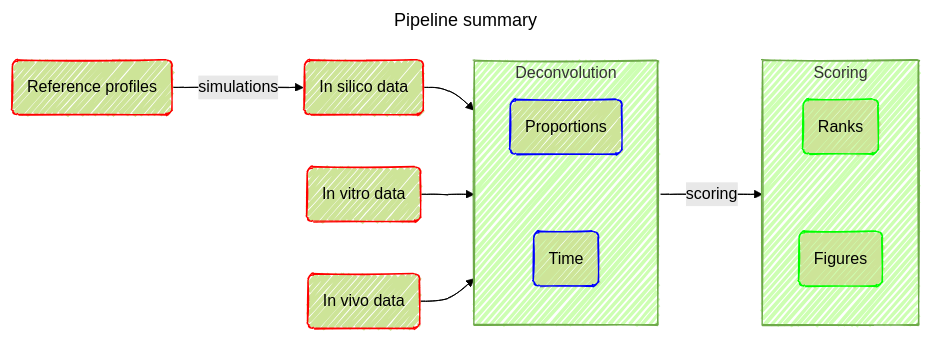
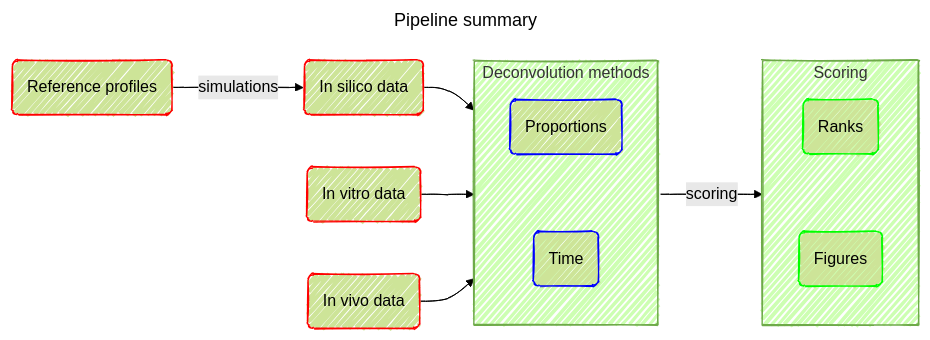
One commit to bcm-uga/DeconvBenchmark changed the diagram in README.md. Above: the diagram before and after it, drawn with Mermaid (forest theme).

````diff
--- a/README.md
+++ b/README.md
@@ -6,22 +6,22 @@
 ```mermaid
 ---
 title: Pipeline summary
 config:
   look: handDrawn
 ---
 flowchart LR
     a1("Reference profiles"):::red --"simulations"--> b1("In silico data"):::red
-    subgraph Deconvolution
+    subgraph Deconvolution["Deconvolution methods"]
        c1("Proportions"):::blue ~~~ c2("Time"):::blue
     end
     b1 --> Deconvolution
     b2("In vitro data"):::red --> Deconvolution
     b3("In vivo data"):::red --> Deconvolution
     subgraph Scoring
        d1("Ranks"):::green ~~~ d2("Figures"):::green
     end
     Deconvolution --"scoring"--> Scoring
     classDef red stroke:#f00
     classDef blue stroke:#00f
     classDef green stroke:#0f0
 ```
````
